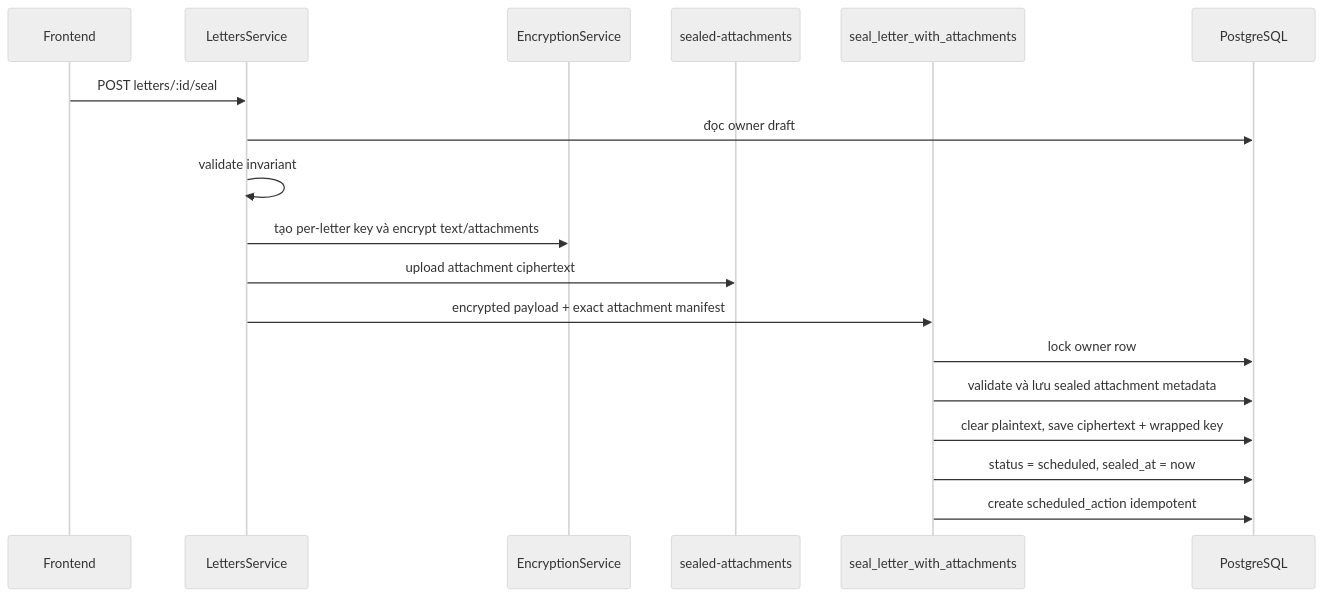
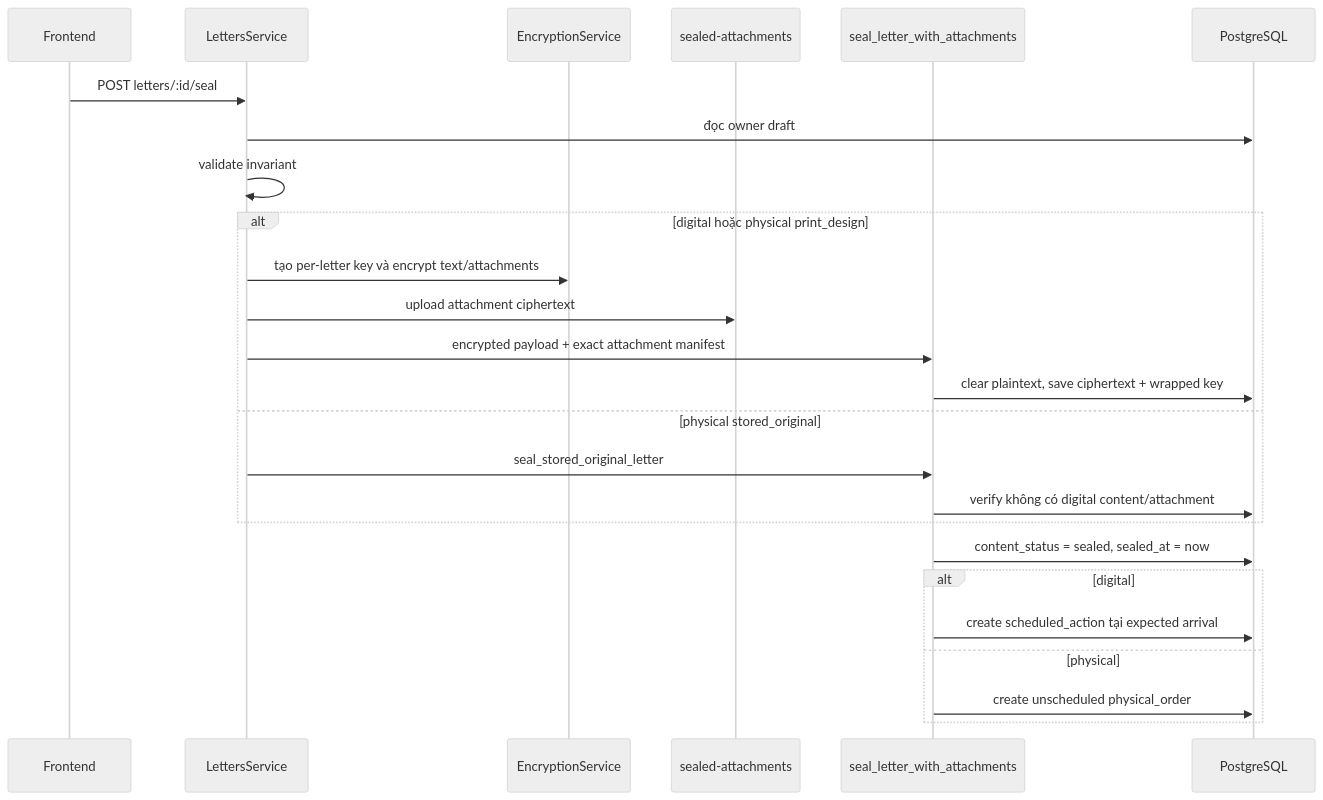
One commit to khoadanwneee/PostDrop changed the fourth of 4 diagrams in docs/system-architecture.md. Above: the diagram before and after it, drawn with Mermaid (neutral theme). The commit also changed other lines of this file and 10 other files, not shown here.

Commit message:
feat(backend): separate letter sealing from physical fulfillment

```diff
--- a/docs/system-architecture.md
+++ b/docs/system-architecture.md
@@ -204,21 +217,28 @@
 ~~~mermaid
 sequenceDiagram
     participant FE as Frontend
     participant API as LettersService
     participant ENC as EncryptionService
     participant STORAGE as sealed-attachments
     participant RPC as seal_letter_with_attachments
     participant DB as PostgreSQL
 
     FE->>API: POST letters/:id/seal
     API->>DB: đọc owner draft
     API->>API: validate invariant
-    API->>ENC: tạo per-letter key và encrypt text/attachments
-    API->>STORAGE: upload attachment ciphertext
-    API->>RPC: encrypted payload + exact attachment manifest
-    RPC->>DB: lock owner row
-    RPC->>DB: validate và lưu sealed attachment metadata
-    RPC->>DB: clear plaintext, save ciphertext + wrapped key
-    RPC->>DB: status = scheduled, sealed_at = now
-    RPC->>DB: create scheduled_action idempotent
+    alt digital hoặc physical print_design
+        API->>ENC: tạo per-letter key và encrypt text/attachments
+        API->>STORAGE: upload attachment ciphertext
+        API->>RPC: encrypted payload + exact attachment manifest
+        RPC->>DB: clear plaintext, save ciphertext + wrapped key
+    else physical stored_original
+        API->>RPC: seal_stored_original_letter
+        RPC->>DB: verify không có digital content/attachment
+    end
+    RPC->>DB: content_status = sealed, sealed_at = now
+    alt digital
+        RPC->>DB: create scheduled_action tại expected arrival
+    else physical
+        RPC->>DB: create unscheduled physical_order
+    end
 ~~~
```
